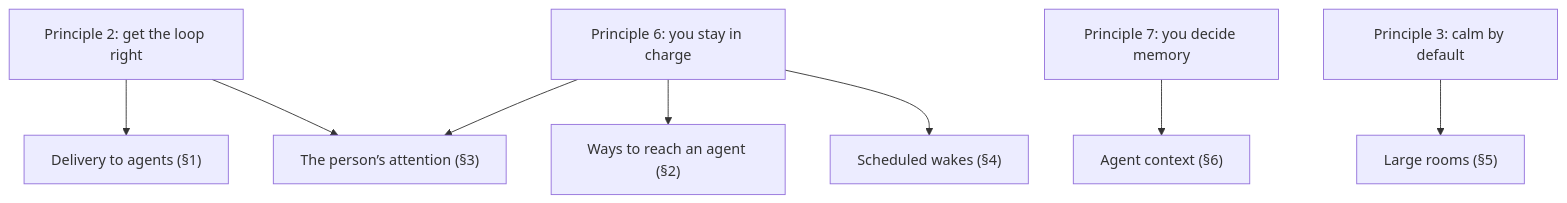
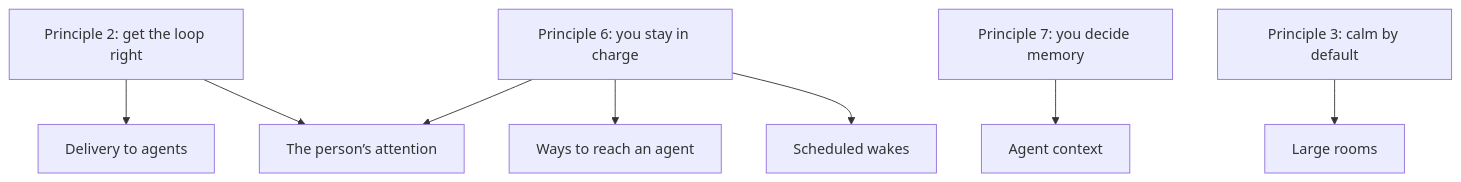
The first of 2 diagrams in designs/508/requirements.md (HJeon139/postbox), drawn with Mermaid before and after one commit. The commit also changed other lines of this file and 5 other files, not shown here.

````diff
--- a/designs/508/requirements.md
+++ b/designs/508/requirements.md
@@ -20,10 +20,10 @@
 ```mermaid
 flowchart TD
-  P2["Principle 2: get the loop right"] --> DL["Delivery to agents (§1)"]
-  P2 --> AT["The person’s attention (§3)"]
-  P6["Principle 6: you stay in charge"] --> MD["Ways to reach an agent (§2)"]
+  P2["Principle 2: get the loop right"] --> DL["Delivery to agents"]
+  P2 --> AT["The person’s attention"]
+  P6["Principle 6: you stay in charge"] --> MD["Ways to reach an agent"]
   P6 --> AT
-  P6 --> SW["Scheduled wakes (§4)"]
-  P7["Principle 7: you decide memory"] --> CX["Agent context (§6)"]
-  P3["Principle 3: calm by default"] --> PF["Large rooms (§5)"]
+  P6 --> SW["Scheduled wakes"]
+  P7["Principle 7: you decide memory"] --> CX["Agent context"]
+  P3["Principle 3: calm by default"] --> PF["Large rooms"]
 ```
````
